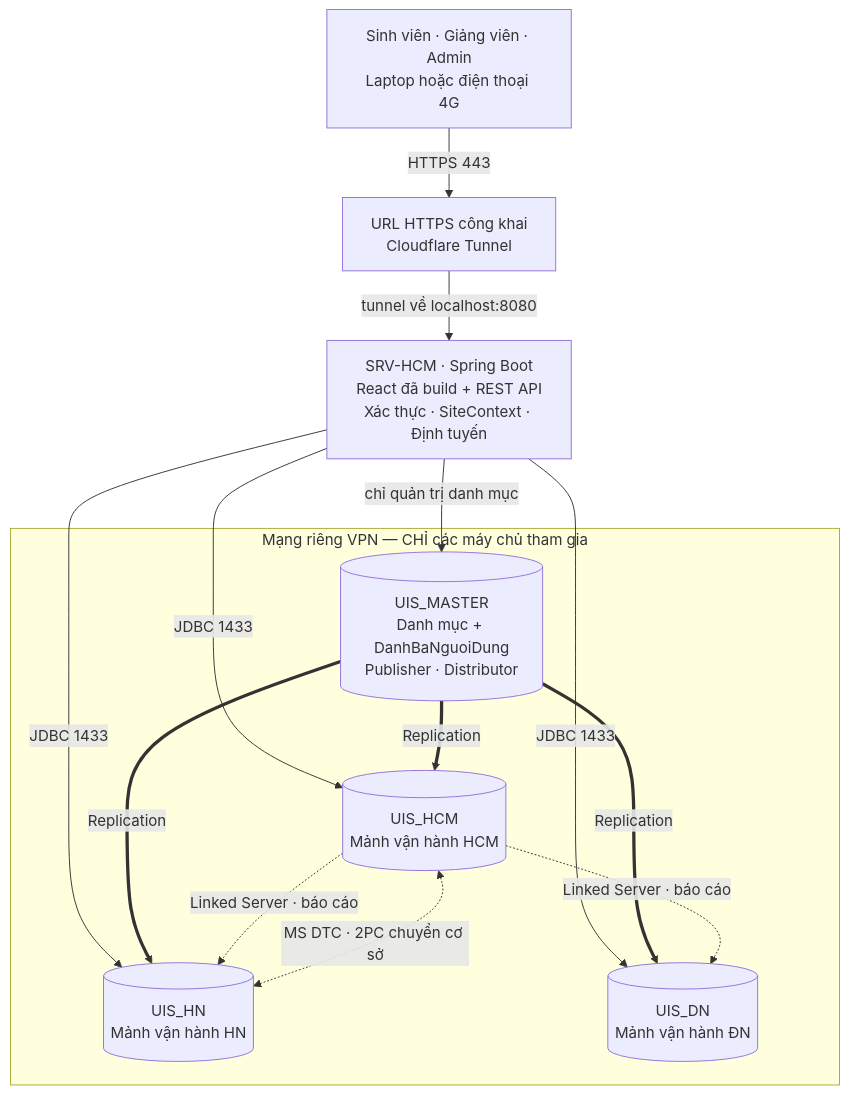
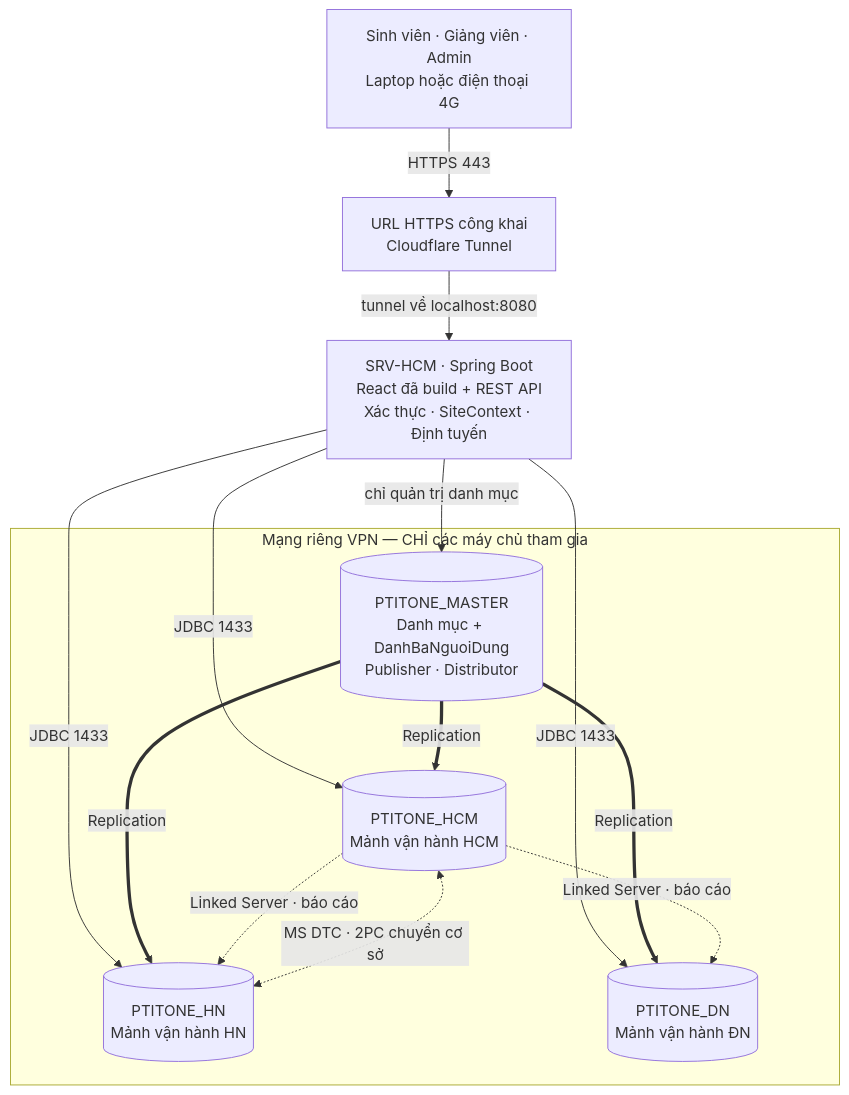
One commit to khangdzvl050623/PTIT-One changed the first of 9 diagrams in README.md. Above: the diagram before and after it, drawn with Mermaid. The commit also changed other lines of this file and 8 other files, not shown here.

First line of the commit message:
feat(db): hạ tầng replication dùng lại được, chưa phụ thuộc schema

````diff
--- a/README.md
+++ b/README.md
@@ -23,29 +23,29 @@
 ```mermaid
 flowchart TB
     U["Sinh viên · Giảng viên · Admin<br/>Laptop hoặc điện thoại 4G"]
     PUB["URL HTTPS công khai<br/>Cloudflare Tunnel"]
     API["SRV-HCM · Spring Boot<br/>React đã build + REST API<br/>Xác thực · SiteContext · Định tuyến"]
 
     subgraph VPN["Mạng riêng VPN — CHỈ các máy chủ tham gia"]
-        MASTER[("UIS_MASTER<br/>Danh mục + DanhBaNguoiDung<br/>Publisher · Distributor")]
-        HCM[("UIS_HCM<br/>Mảnh vận hành HCM")]
-        HN[("UIS_HN<br/>Mảnh vận hành HN")]
-        DN[("UIS_DN<br/>Mảnh vận hành ĐN")]
+        MASTER[("PTITONE_MASTER<br/>Danh mục + DanhBaNguoiDung<br/>Publisher · Distributor")]
+        HCM[("PTITONE_HCM<br/>Mảnh vận hành HCM")]
+        HN[("PTITONE_HN<br/>Mảnh vận hành HN")]
+        DN[("PTITONE_DN<br/>Mảnh vận hành ĐN")]
     end
 
     U -->|"HTTPS 443"| PUB
     PUB -->|"tunnel về localhost:8080"| API
 
     API -->|"JDBC 1433"| HCM
     API -->|"JDBC 1433"| HN
     API -->|"JDBC 1433"| DN
     API -->|"chỉ quản trị danh mục"| MASTER
 
     MASTER ==>|"Replication"| HCM
     MASTER ==>|"Replication"| HN
     MASTER ==>|"Replication"| DN
 
     HCM -.->|"Linked Server · báo cáo"| HN
     HCM -.->|"Linked Server · báo cáo"| DN
     HCM <-.->|"MS DTC · 2PC chuyển cơ sở"| HN
 ```
````
